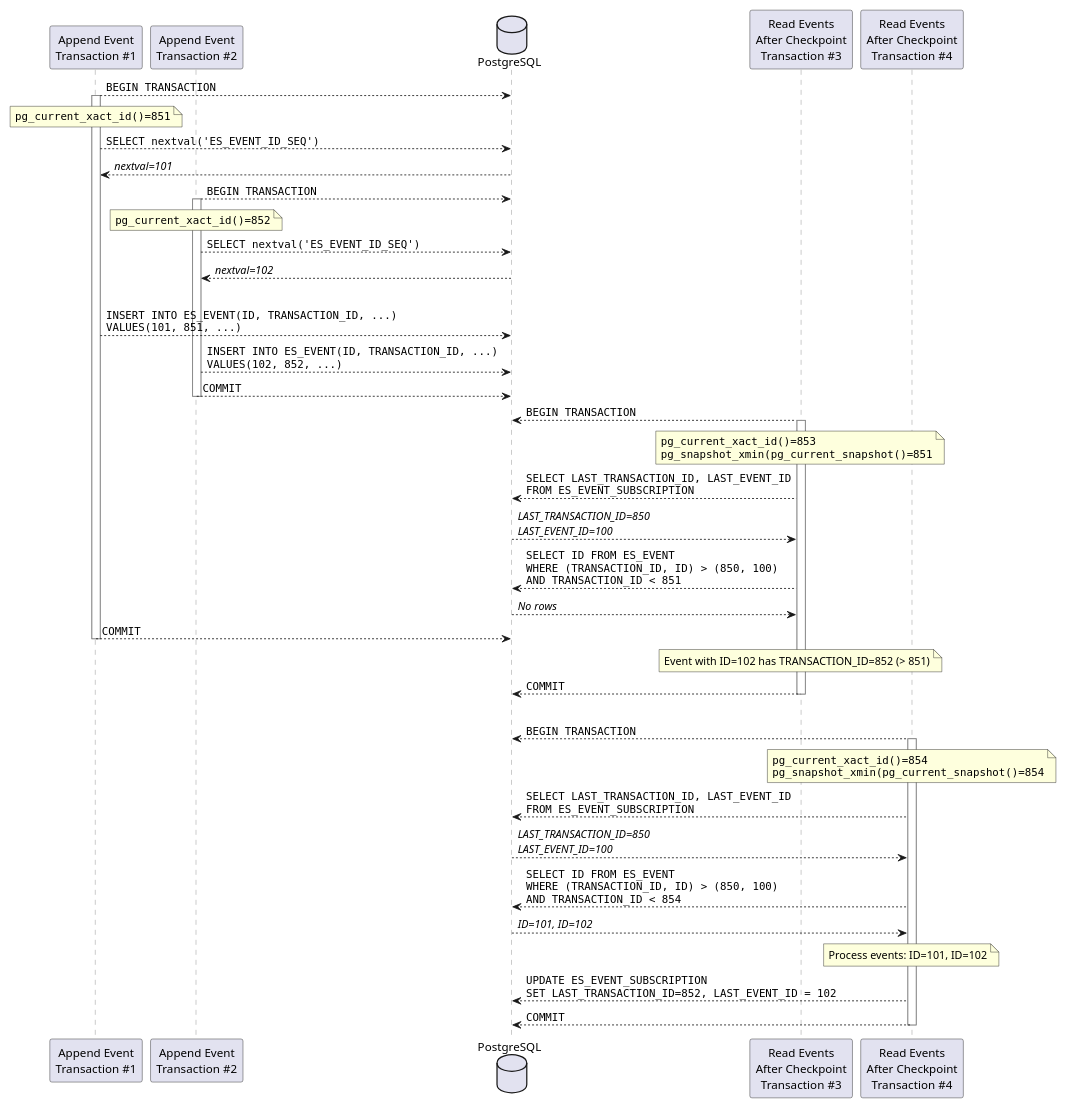
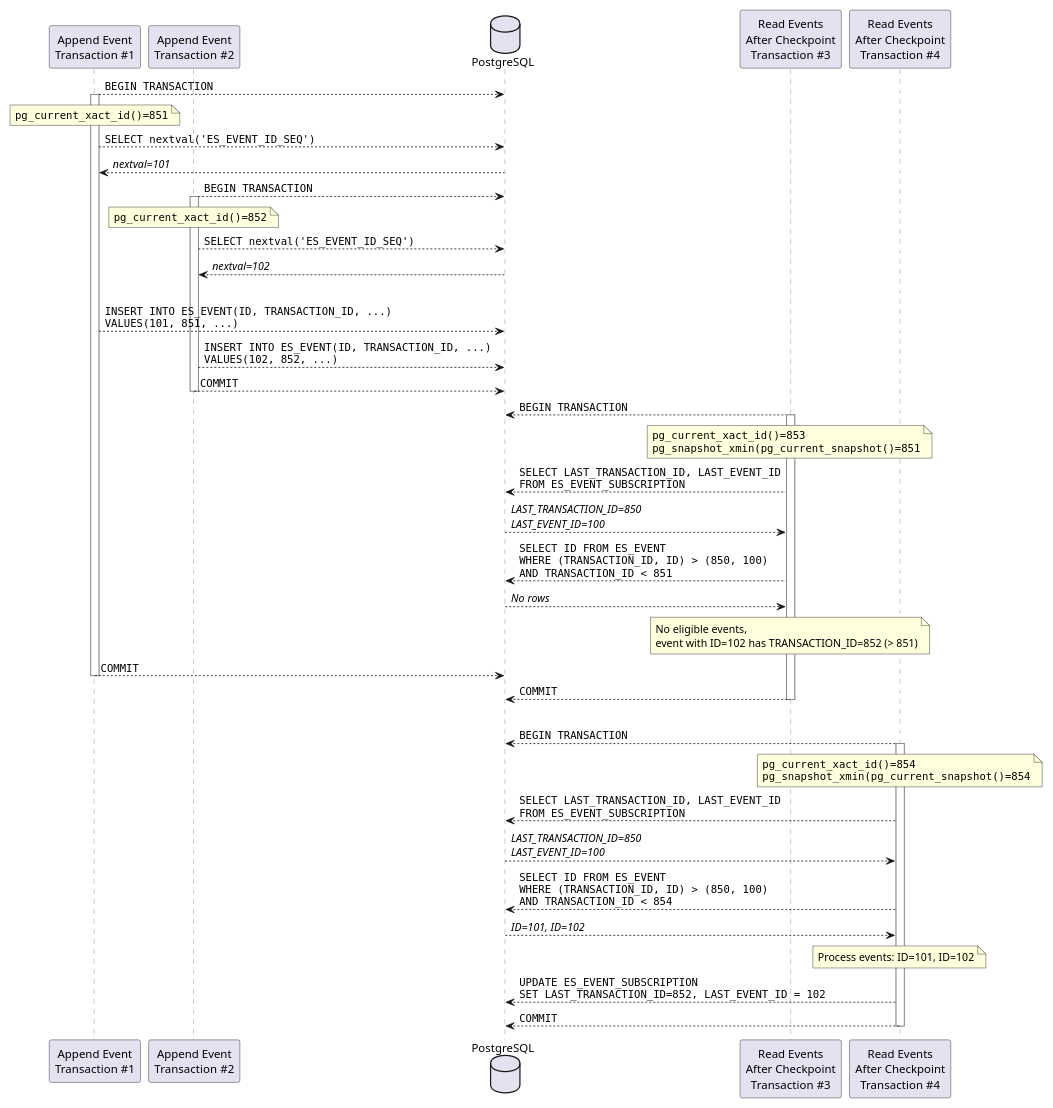
The diagram in img/plantuml/postgresql-reliable-outbox.puml (codehunter-dev-281/postgresql-event-sourcing), drawn with PlantUML before and after one commit. The commit also changed 3 other files, not shown here.

Commit message:
Update diagrams

```diff
--- a/img/plantuml/postgresql-reliable-outbox.puml
+++ b/img/plantuml/postgresql-reliable-outbox.puml
@@ -1,57 +1,57 @@
 @startuml
 
 scale max 1024 width
 scale max 1100 height
 
 skinparam sequence {
   LifeLineBorderColor Grey
 '  LifeLineBackgroundColor LightGrey
 }
 
 participant "Append Event\nTransaction #1" as tx1
 participant "Append Event\nTransaction #2" as tx2
 database "PostgreSQL" as db
 participant "Read Events\nAfter Checkpoint\nTransaction #3" as tx3
 participant "Read Events\nAfter Checkpoint\nTransaction #4" as tx4
 
 tx1 --> db: ""BEGIN TRANSACTION""
 activate tx1
 note over tx1: ""pg_current_xact_id()=851""
 tx1 --> db: ""SELECT nextval('ES_EVENT_ID_SEQ')""
 db --> tx1: //nextval=101//
 tx2 --> db: ""BEGIN TRANSACTION""
 activate tx2
 note over tx2: ""pg_current_xact_id()=852""
 tx2 --> db: ""SELECT nextval('ES_EVENT_ID_SEQ')""
 db --> tx2: //nextval=102//
 |||
 tx1 --> db: ""INSERT INTO ES_EVENT(ID, TRANSACTION_ID, ...)""\n""VALUES(101, 851, ...)""
 tx2 --> db: ""INSERT INTO ES_EVENT(ID, TRANSACTION_ID, ...)""\n""VALUES(102, 852, ...)""
 tx2 --> db: ""COMMIT""
 deactivate tx2
 tx3 --> db: ""BEGIN TRANSACTION""
 activate tx3
 note over tx3: ""pg_current_xact_id()=853""\n""pg_snapshot_xmin(pg_current_snapshot()=851""
 tx3 --> db: ""SELECT LAST_TRANSACTION_ID, LAST_EVENT_ID""\n""FROM ES_EVENT_SUBSCRIPTION""
 db --> tx3: //LAST_TRANSACTION_ID=850//\n//LAST_EVENT_ID=100//
 tx3 --> db: ""SELECT ID FROM ES_EVENT""\n""WHERE (TRANSACTION_ID, ID) > (850, 100)""\n""AND TRANSACTION_ID < 851""
 db --> tx3: //No rows//
+note over tx3: No eligible events,\nevent with ID=102 has TRANSACTION_ID=852 (> 851)
 tx1 --> db: ""COMMIT""
-note over tx3: Event with ID=102 has TRANSACTION_ID=852 (> 851)
 deactivate tx1
 tx3 --> db: ""COMMIT""
 deactivate tx3
 |||
 tx4 --> db: ""BEGIN TRANSACTION""
 activate tx4
 note over tx4: ""pg_current_xact_id()=854""\n""pg_snapshot_xmin(pg_current_snapshot()=854""
 tx4 --> db: ""SELECT LAST_TRANSACTION_ID, LAST_EVENT_ID""\n""FROM ES_EVENT_SUBSCRIPTION""
 db --> tx4: //LAST_TRANSACTION_ID=850//\n//LAST_EVENT_ID=100//
 tx4 --> db: ""SELECT ID FROM ES_EVENT""\n""WHERE (TRANSACTION_ID, ID) > (850, 100)""\n""AND TRANSACTION_ID < 854""
 db --> tx4: //ID=101, ID=102//
 note over tx4: Process events: ID=101, ID=102
 tx4 --> db: ""UPDATE ES_EVENT_SUBSCRIPTION""\n""SET LAST_TRANSACTION_ID=852, LAST_EVENT_ID = 102""
 tx4 --> db: ""COMMIT""
 deactivate tx4
 
 @enduml
```
